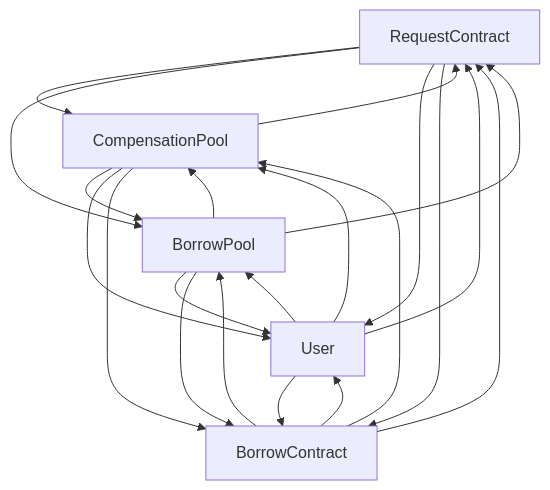
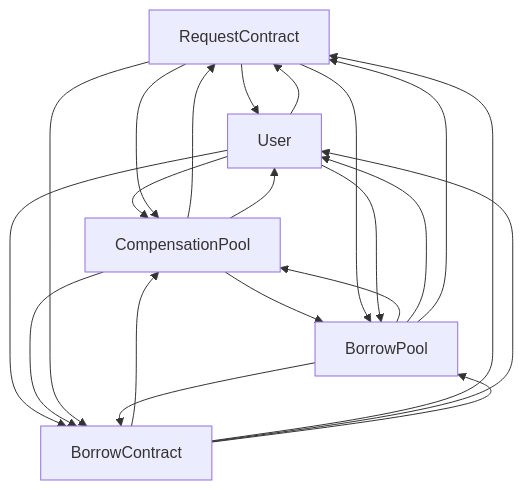
One commit to Timurhaip/contract changed the second of 2 diagrams in buildAppContract/AppContract_RequestContract.md. Above: the diagram before and after it, drawn with Mermaid. The commit also changed other lines of this file and 333 other files, not shown here.

````diff
--- a/buildAppContract/AppContract_RequestContract.md
+++ b/buildAppContract/AppContract_RequestContract.md
@@ -263,24 +279,24 @@
 ```mermaid
 graph TD
 RequestContract
-RequestContract --> CompensationPool
-CompensationPool --> RequestContract
-RequestContract --> BorrowPool
-BorrowPool --> CompensationPool
-CompensationPool --> BorrowPool
-BorrowPool --> User
-User --> RequestContract
 RequestContract --> User
 User --> CompensationPool
+CompensationPool --> RequestContract
+RequestContract --> CompensationPool
+CompensationPool --> BorrowPool
+BorrowPool --> CompensationPool
 CompensationPool --> User
+User --> RequestContract
+RequestContract --> BorrowPool
+BorrowPool --> User
 User --> BorrowContract
 BorrowContract --> CompensationPool
 CompensationPool --> BorrowContract
 BorrowContract --> RequestContract
 RequestContract --> BorrowContract
-BorrowContract --> BorrowPool
+BorrowContract --> User
+User --> BorrowPool
 BorrowPool --> RequestContract
 BorrowPool --> BorrowContract
-BorrowContract --> User
-User --> BorrowPool
+BorrowContract --> BorrowPool
 ```
````
